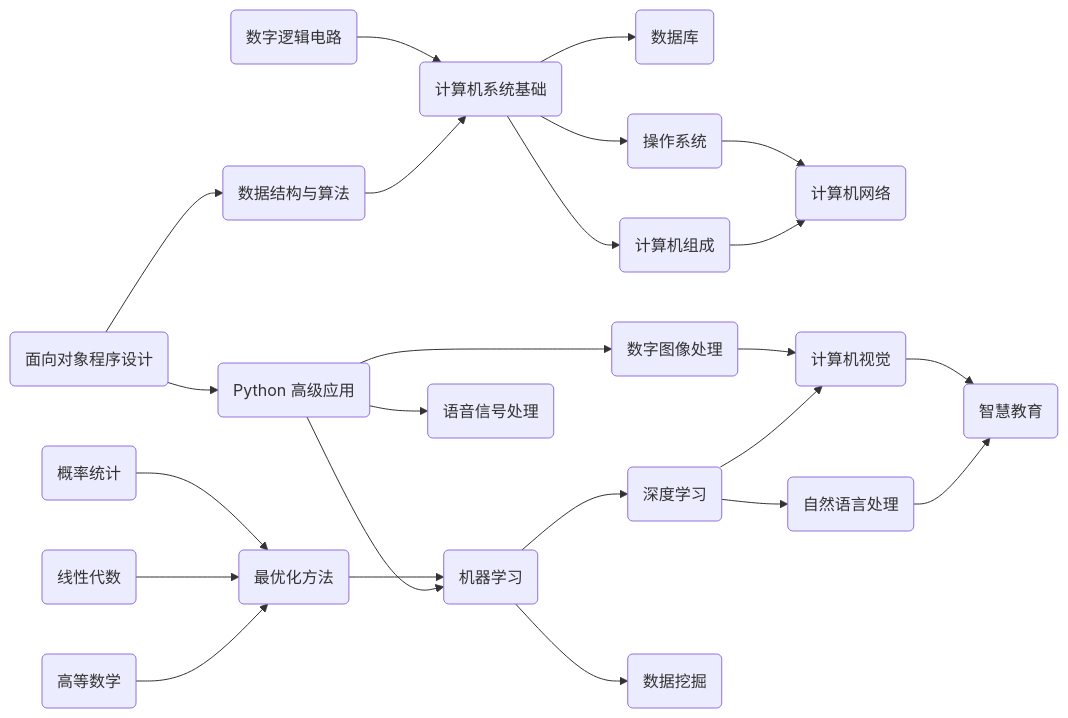
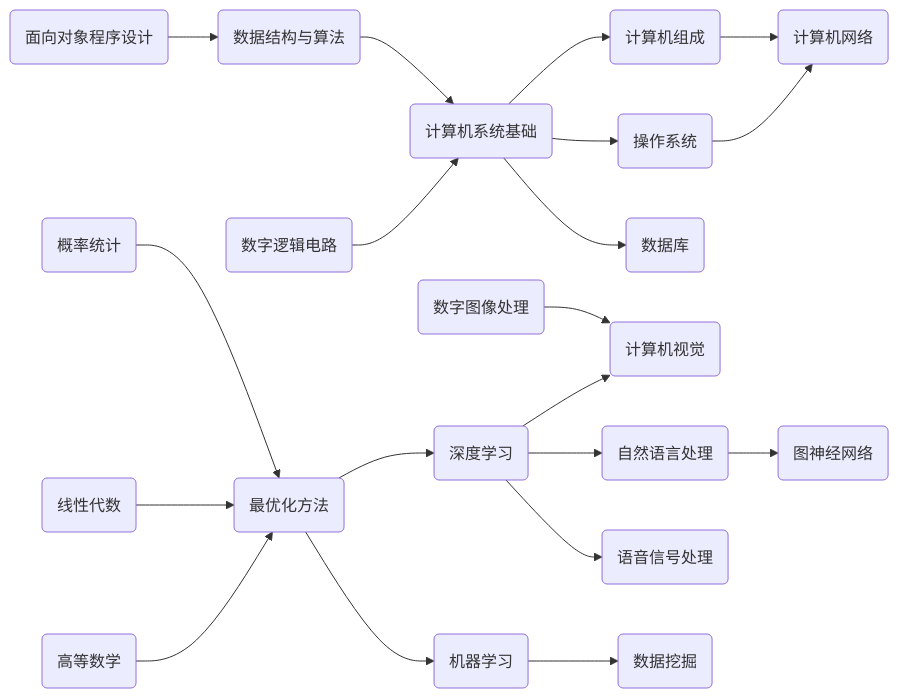
Before and after one commit to Explorer-Dong/explorer-dong.github.io: the first of 2 diagrams in README.md, drawn with Mermaid. The commit also changed other lines of this file and 3 other files, not shown here.

````diff
--- a/README.md
+++ b/README.md
@@ -16,37 +16,42 @@
 ```mermaid
 flowchart LR
+    %% 实体定义
     面向对象程序设计(面向对象程序设计)
     数据结构与算法(数据结构与算法)
     数字逻辑电路(数字逻辑电路)
     计算机系统基础(计算机系统基础)
     数据库(数据库)
     操作系统(操作系统)
     计算机组成(计算机组成)
     计算机网络(计算机网络)
 
+    %% 关系定义
     面向对象程序设计 --> 数据结构与算法 --> 计算机系统基础
     数字逻辑电路 --> 计算机系统基础 --> 数据库 & 操作系统 & 计算机组成
     计算机组成 & 操作系统 --> 计算机网络
 
-    Python高级应用(Python 高级应用)
+    %% 实体定义
     数字图像处理(数字图像处理)
     机器学习(机器学习)
     深度学习(深度学习)
     数据挖掘(数据挖掘)
     自然语言处理(自然语言处理)
     计算机视觉(计算机视觉)
     语音信号处理(语音信号处理)
-    智慧教育(智慧教育)
+    图神经网络(图神经网络)
 
-    Python高级应用 --> 数字图像处理 & 语音信号处理 & 机器学习
-    机器学习 --> 数据挖掘 & 深度学习
-    深度学习 --> 自然语言处理 & 计算机视觉 --> 智慧教育
+    %% 关系定义
+    机器学习 --> 数据挖掘
+    深度学习 --> 语音信号处理 & 自然语言处理 & 计算机视觉
+    自然语言处理 --> 图神经网络
     数字图像处理 --> 计算机视觉
 
+    %% 实体定义
     高等数学(高等数学)
     线性代数(线性代数)
     概率统计(概率统计)
     最优化方法(最优化方法)
-    高等数学 & 线性代数 & 概率统计 --> 最优化方法 --> 机器学习
-    面向对象程序设计 --> Python高级应用
+
+    %% 关系定义
+    高等数学 & 线性代数 & 概率统计 --> 最优化方法 --> 机器学习 & 深度学习
 ```
````
